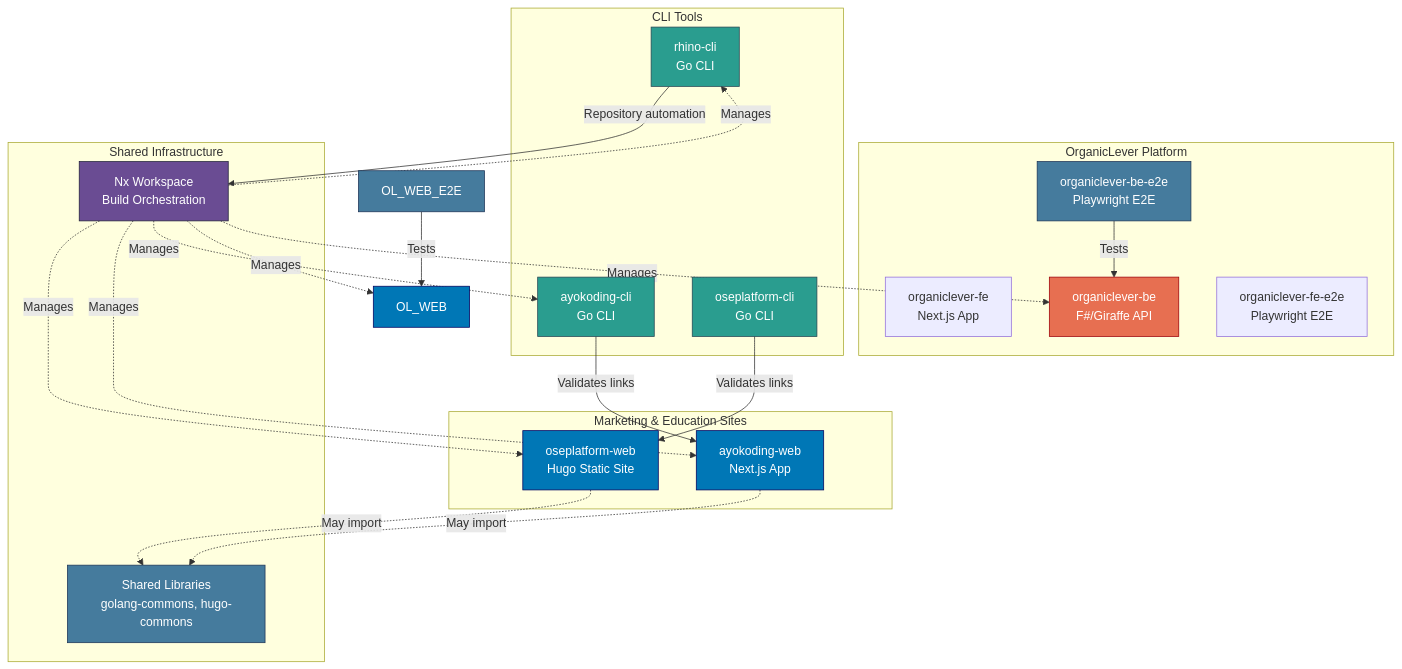
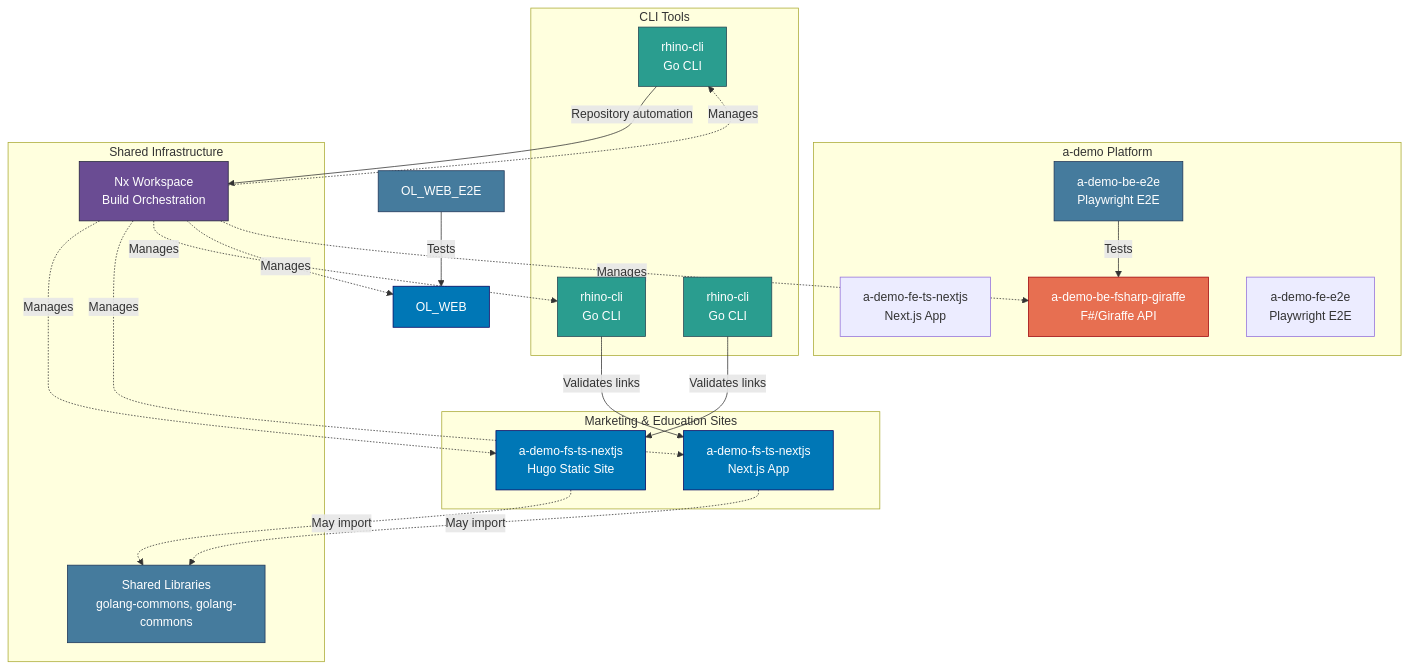
The diagram in docs/reference/system-architecture/applications.md (wahidyankf/ose-primer), drawn with Mermaid before and after one commit. The commit also changed other lines of this file and 397 other files, not shown here.

````diff
--- a/docs/reference/system-architecture/applications.md
+++ b/docs/reference/system-architecture/applications.md
@@ -127,53 +127,53 @@
 ```mermaid
 graph TB
     subgraph "Marketing & Education Sites"
-        OSE[oseplatform-web<br/>Hugo Static Site]
-        AYO[ayokoding-web<br/>Next.js App]
+        OSE[a-demo-fs-ts-nextjs<br/>Hugo Static Site]
+        AYO[a-demo-fs-ts-nextjs<br/>Next.js App]
     end
 
-    subgraph "OrganicLever Platform"
-        OL_FE[organiclever-fe<br/>Next.js App]
-        OL_BE[organiclever-be<br/>F#/Giraffe API]
-        OL_FE_E2E[organiclever-fe-e2e<br/>Playwright E2E]
-        OL_BE_E2E[organiclever-be-e2e<br/>Playwright E2E]
+    subgraph "a-demo Platform"
+        OL_FE[a-demo-fe-ts-nextjs<br/>Next.js App]
+        OL_BE[a-demo-be-fsharp-giraffe<br/>F#/Giraffe API]
+        OL_FE_E2E[a-demo-fe-e2e<br/>Playwright E2E]
+        OL_BE_E2E[a-demo-be-e2e<br/>Playwright E2E]
     end
 
     subgraph "CLI Tools"
-        AYOCLI[ayokoding-cli<br/>Go CLI]
+        AYOCLI[rhino-cli<br/>Go CLI]
         RHINO[rhino-cli<br/>Go CLI]
-        OSECLI[oseplatform-cli<br/>Go CLI]
+        OSECLI[rhino-cli<br/>Go CLI]
     end
 
     subgraph "Shared Infrastructure"
         NX[Nx Workspace<br/>Build Orchestration]
-        LIBS[Shared Libraries<br/>golang-commons, hugo-commons]
+        LIBS[Shared Libraries<br/>golang-commons, golang-commons]
     end
 
     AYOCLI -->|Validates links| AYO
     RHINO -->|Repository automation| NX
     OSECLI -->|Validates links| OSE
     OL_WEB_E2E -->|Tests| OL_WEB
     OL_BE_E2E -->|Tests| OL_BE
 
     NX -.->|Manages| OSE
     NX -.->|Manages| AYO
     NX -.->|Manages| AYOCLI
     NX -.->|Manages| RHINO
     NX -.->|Manages| OL_WEB
     NX -.->|Manages| OL_BE
 
     OSE -.->|May import| LIBS
     AYO -.->|May import| LIBS
 
     style OSE fill:#0077b6,stroke:#03045e,color:#ffffff
     style AYO fill:#0077b6,stroke:#03045e,color:#ffffff
     style OL_WEB fill:#0077b6,stroke:#03045e,color:#ffffff
     style OL_BE fill:#e76f51,stroke:#9d0208,color:#ffffff
     style OL_WEB_E2E fill:#457b9d,stroke:#1d3557,color:#ffffff
     style OL_BE_E2E fill:#457b9d,stroke:#1d3557,color:#ffffff
     style AYOCLI fill:#2a9d8f,stroke:#264653,color:#ffffff
     style RHINO fill:#2a9d8f,stroke:#264653,color:#ffffff
     style OSECLI fill:#2a9d8f,stroke:#264653,color:#ffffff
     style NX fill:#6a4c93,stroke:#22223b,color:#ffffff
     style LIBS fill:#457b9d,stroke:#1d3557,color:#ffffff
 ```
````
